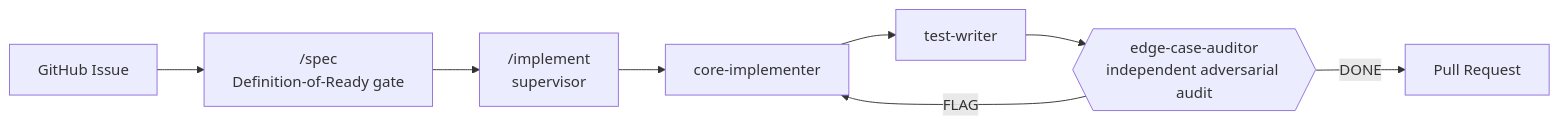
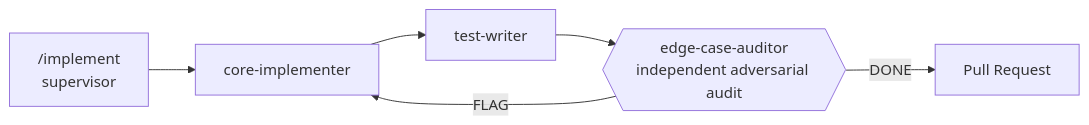
Before and after one commit to yahordauksha/agentic-sdlc-pipeline: the second of 2 diagrams in README.md, drawn with Mermaid. The commit also changed other lines of this file, not shown here.

Commit message:
README: flatten defensive tone, add lifecycle diagram, trim About/note sections

````diff
--- a/README.md
+++ b/README.md
@@ -40,10 +61,8 @@
 ```mermaid
 flowchart LR
-    A[GitHub Issue] --> B["/spec\nDefinition-of-Ready gate"]
-    B --> C["/implement\nsupervisor"]
-    C --> D[core-implementer]
-    D --> E[test-writer]
-    E --> F{{"edge-case-auditor\nindependent adversarial audit"}}
-    F -- FLAG --> D
-    F -- DONE --> G[Pull Request]
+    A["/implement\nsupervisor"] --> B[core-implementer]
+    B --> C[test-writer]
+    C --> D{{"edge-case-auditor\nindependent adversarial audit"}}
+    D -- FLAG --> B
+    D -- DONE --> E[Pull Request]
 ```
````
